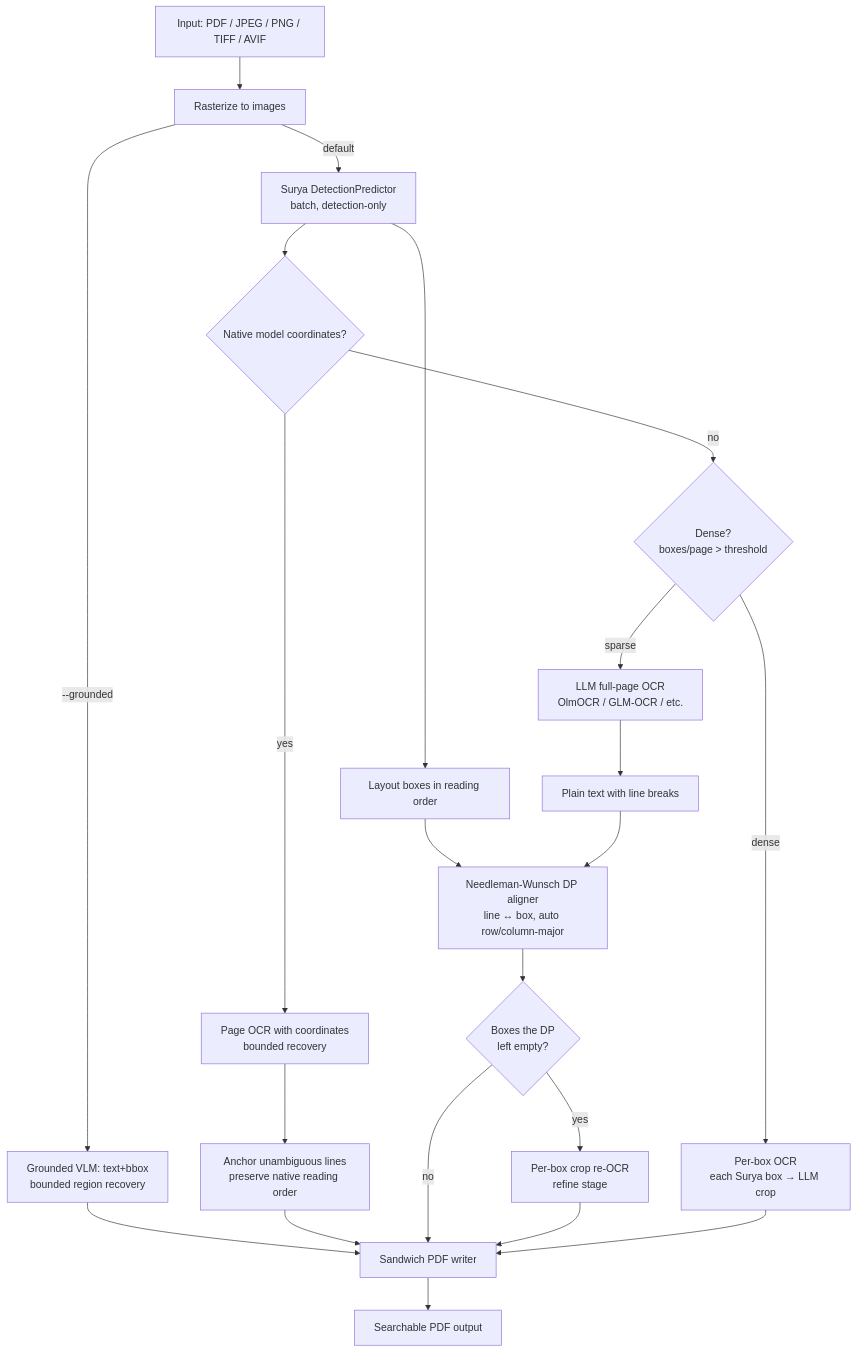
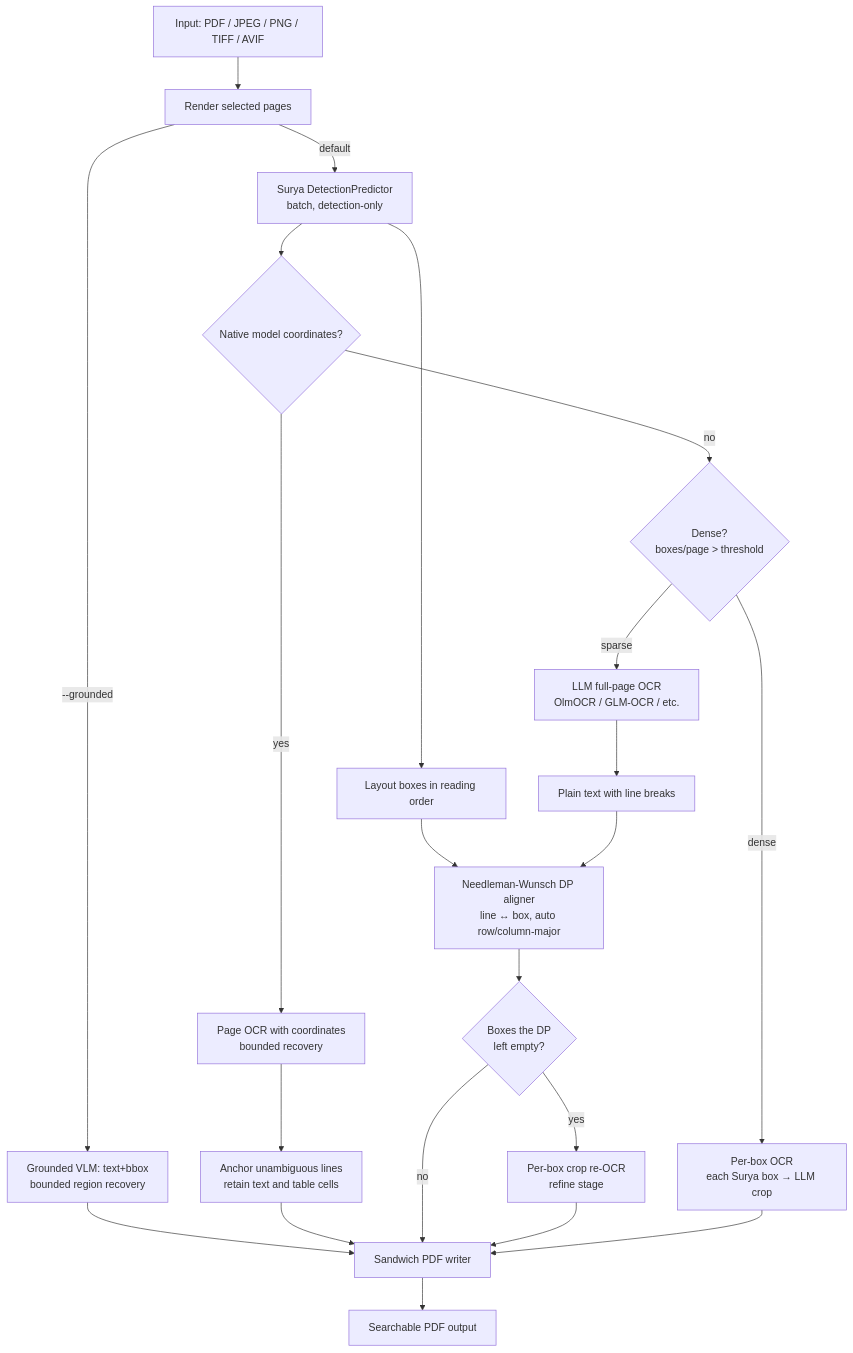
One commit to ahnafnafee/local-llm-pdf-ocr changed the diagram in README.md. Above: the diagram before and after it, drawn with Mermaid. The commit also changed other lines of this file and 4 other files, not shown here.

First line of the commit message:
fix(ocr): retain precise anchors and recover faint colored text

````diff
--- a/README.md
+++ b/README.md
@@ -90,25 +90,25 @@
 ```mermaid
 graph TD
-    A[Input: PDF / JPEG / PNG / TIFF / AVIF] --> B[Rasterize to images]
+    A[Input: PDF / JPEG / PNG / TIFF / AVIF] --> B[Render selected pages]
     B -->|--grounded| Z[Grounded VLM: text+bbox<br/>bounded region recovery]
     Z --> EMB
 
     B -->|default| C[Surya DetectionPredictor<br/>batch, detection-only]
     C --> NM{Native model coordinates?}
     NM -->|yes| NG[Page OCR with coordinates<br/>bounded recovery]
-    NG --> NA[Anchor unambiguous lines<br/>preserve native reading order]
+    NG --> NA[Anchor unambiguous lines<br/>retain text and table cells]
     NA --> EMB
     NM -->|no| DM{Dense?<br/>boxes/page > threshold}
     DM -->|sparse| D[LLM full-page OCR<br/>OlmOCR / GLM-OCR / etc.]
     DM -->|dense| P[Per-box OCR<br/>each Surya box → LLM crop]
     D --> F[Plain text with line breaks]
     C --> E[Layout boxes in reading order]
     E --> G[Needleman-Wunsch DP aligner<br/>line ↔ box, auto row/column-major]
     F --> G
     G --> H{Boxes the DP<br/>left empty?}
     H -->|yes| R[Per-box crop re-OCR<br/>refine stage]
     H -->|no| EMB[Sandwich PDF writer]
     R --> EMB
     P --> EMB
     EMB --> L[Searchable PDF output]
 ```
````
